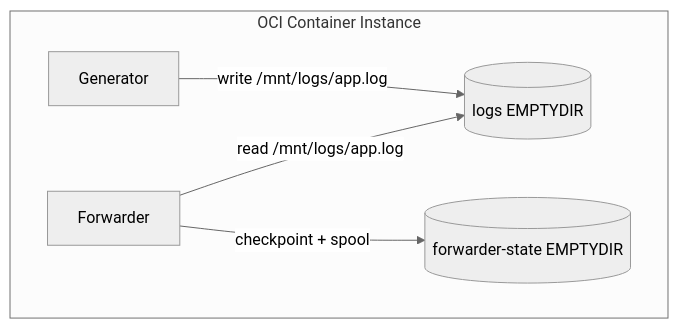
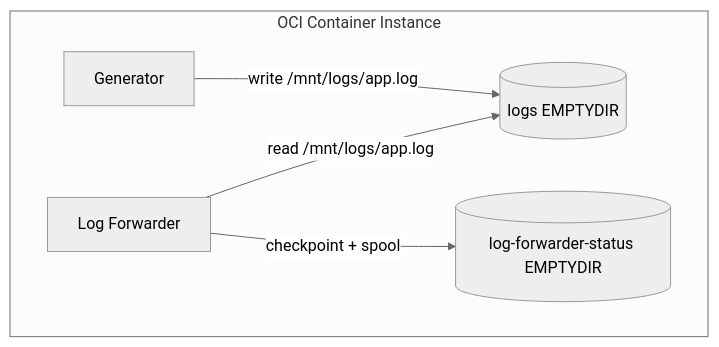
Before and after one commit to Harshit-Patel-1993/oci_container_instance_examples: the fourth of 10 diagrams in oci-logging-sidecar/blog/architecture-walkthrough.md, drawn with Mermaid (neutral theme). The commit also changed other lines of this file and 18 other files, not shown here.

````diff
--- a/oci-logging-sidecar/blog/architecture-walkthrough.md
+++ b/oci-logging-sidecar/blog/architecture-walkthrough.md
@@ -221,13 +243,13 @@
 ```mermaid
 flowchart TB
     subgraph CI[OCI Container Instance]
         G[Generator]
-        FW[Forwarder]
+        FW[Log Forwarder]
         LOGS[(logs EMPTYDIR)]
-        STATE[(forwarder-state EMPTYDIR)]
+        STATE[(log-forwarder-status EMPTYDIR)]
     end
 
     G -->|write /mnt/logs/app.log| LOGS
     FW -->|read /mnt/logs/app.log| LOGS
     FW -->|checkpoint + spool| STATE
 ```
````
